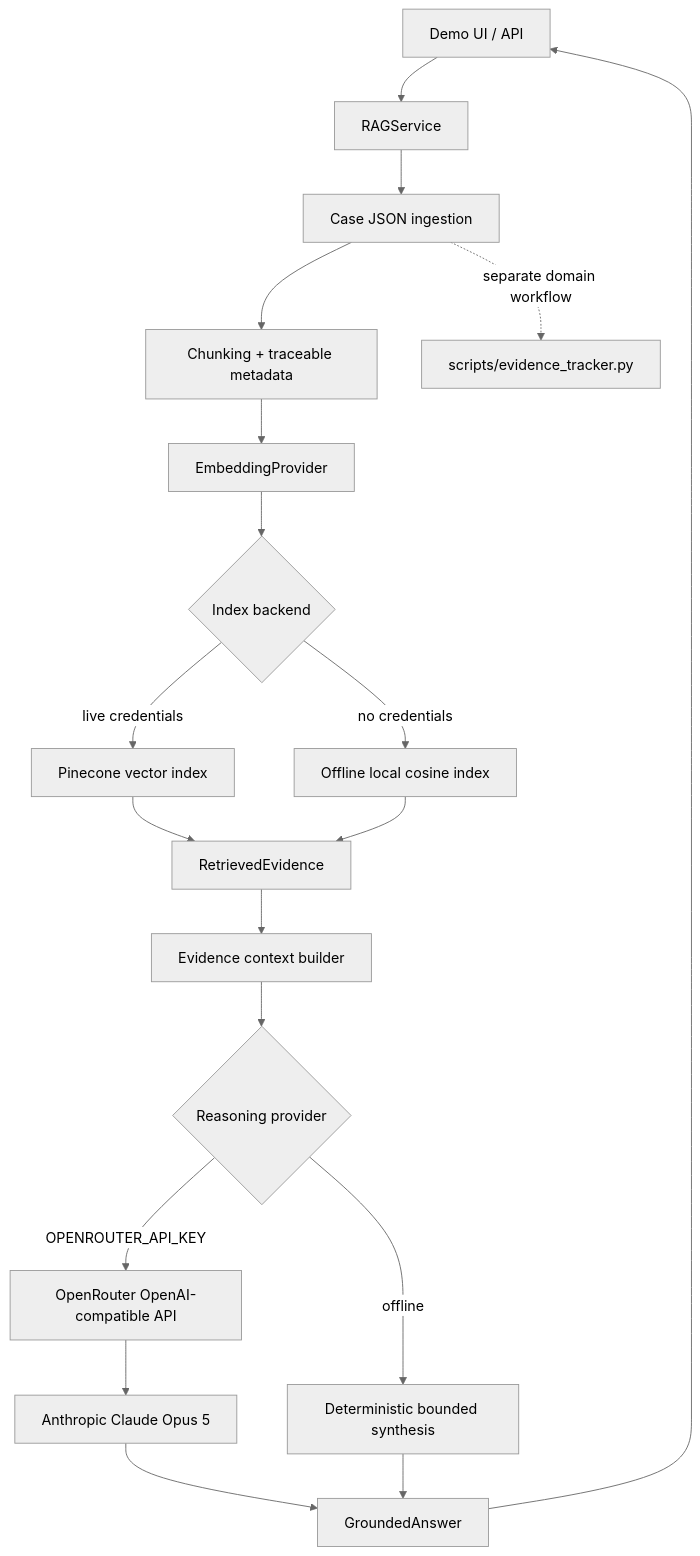
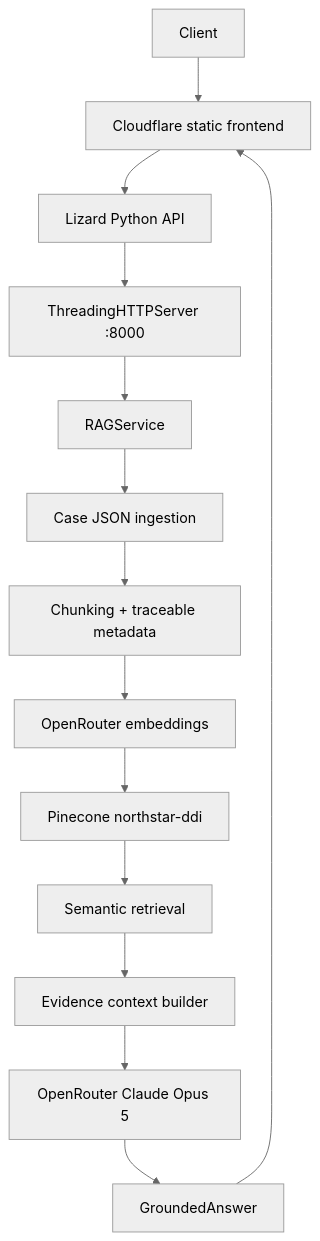
The diagram in ARCHITECTURE.md (Brunny2023/due-diligence-intelligence), drawn with Mermaid (neutral theme) before and after one commit. The commit also changed other lines of this file and 6 other files, not shown here.

Commit message:
Document deployed evidence-centric RAG architecture

````diff
--- a/ARCHITECTURE.md
+++ b/ARCHITECTURE.md
@@ -5,21 +5,16 @@
 ```mermaid
 flowchart TD
-  A[Demo UI / API] --> B[RAGService]
-  B --> C[Case JSON ingestion]
-  C --> D[Chunking + traceable metadata]
-  D --> E[EmbeddingProvider]
-  E --> F{Index backend}
-  F -->|live credentials| G[Pinecone vector index]
-  F -->|no credentials| H[Offline local cosine index]
-  G --> I[RetrievedEvidence]
-  H --> I
-  I --> J[Evidence context builder]
-  J --> K{Reasoning provider}
-  K -->|OPENROUTER_API_KEY| L[OpenRouter OpenAI-compatible API]
-  L --> M[Anthropic Claude Opus 5]
-  K -->|offline| N[Deterministic bounded synthesis]
-  M --> O[GroundedAnswer]
-  N --> O
-  O --> A
-  C -. separate domain workflow .-> P[scripts/evidence_tracker.py]
+  A[Client] --> B[Cloudflare static frontend]
+  B --> C[Lizard Python API]
+  C --> D[ThreadingHTTPServer :8000]
+  D --> E[RAGService]
+  E --> F[Case JSON ingestion]
+  F --> G[Chunking + traceable metadata]
+  G --> H[OpenRouter embeddings]
+  H --> I[Pinecone northstar-ddi]
+  I --> J[Semantic retrieval]
+  J --> K[Evidence context builder]
+  K --> L[OpenRouter Claude Opus 5]
+  L --> M[GroundedAnswer]
+  M --> B
 ```
````
